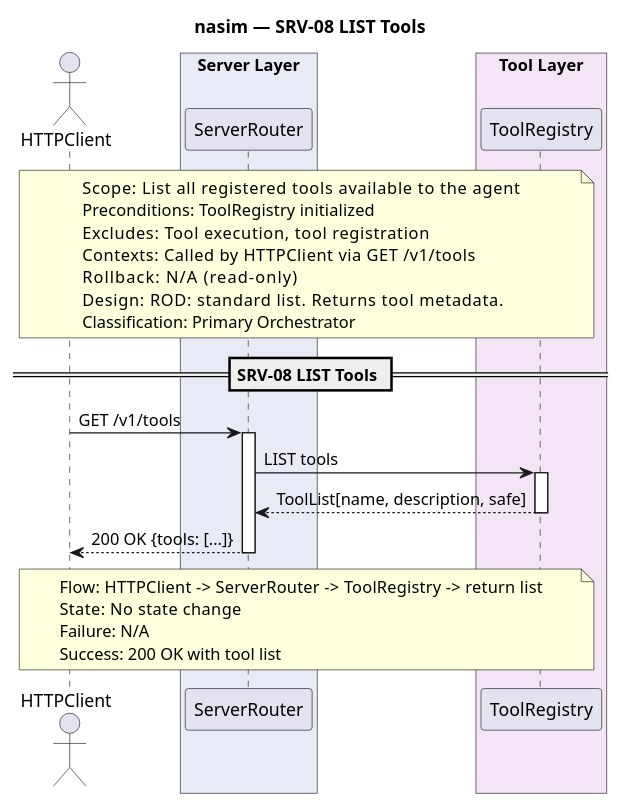
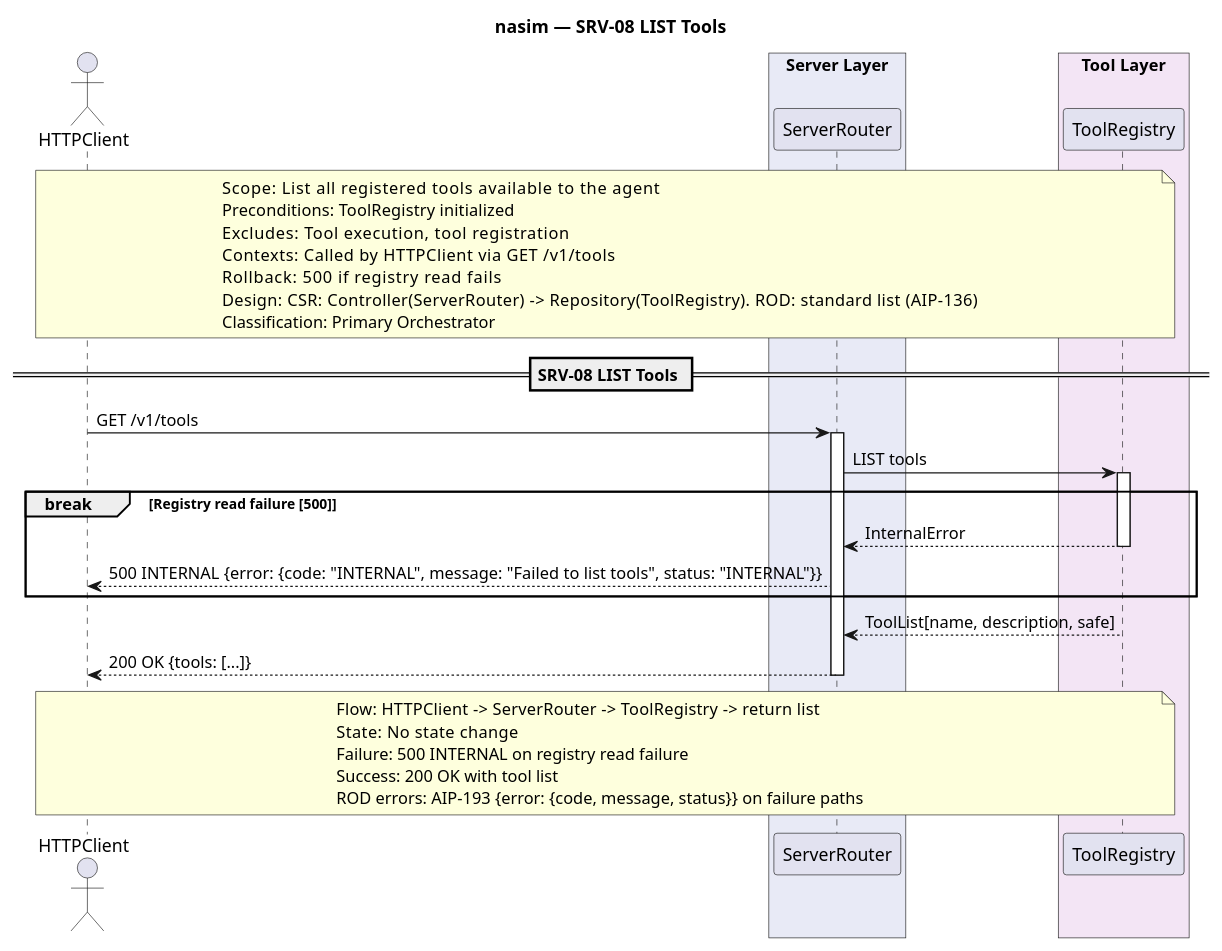
One commit to salimnamvar/nasim changed the diagram in docs/SQ/SRV/sq_srv08_list_tools.puml. Above: the diagram before and after it, drawn with PlantUML. The commit also changed 21 other files, not shown here.

First line of the commit message:
docs(audit): Complete CAR loop for nasim design chain, ensuring zero leakage and full synchronization across C4, UC, SM, and SQ layers

```diff
--- a/docs/SQ/SRV/sq_srv08_list_tools.puml
+++ b/docs/SQ/SRV/sq_srv08_list_tools.puml
@@ -1,53 +1,61 @@
 @startuml sq_srv08_list_tools
 ' ============================================================
 ' Title:     SRV-08 — LIST Tools
 ' Boundary:  nasim code agent HTTP API
 ' Purpose:   List all registered tools available to the agent
 ' Milestone: v1.0
-' Version:   1.0.0
+' Version:   3.0.0
 ' Source:    docs/UC/README.md
-' Review:    docs/SQ/README.md
+' Review:    Prompt audit 2026-06-21 (cop.md: AIP-193 error path added)
 ' ============================================================
 
 title nasim — SRV-08 LIST Tools
 
 actor "HTTPClient" as client
 
 box "Server Layer" #E8EAF6
   participant "ServerRouter" as router
 end box
 box "Tool Layer" #F3E5F5
   participant "ToolRegistry" as registry
 end box
 
 note over client, registry
   Scope:          List all registered tools available to the agent
   Preconditions:  ToolRegistry initialized
   Excludes:       Tool execution, tool registration
   Contexts:       Called by HTTPClient via GET /v1/tools
-  Rollback:       N/A (read-only)
-  Design:         ROD: standard list. Returns tool metadata.
+  Rollback:       500 if registry read fails
+  Design:         CSR: Controller(ServerRouter) -> Repository(ToolRegistry). ROD: standard list (AIP-136)
   Classification: Primary Orchestrator
 end note
 
 == SRV-08 LIST Tools ==
 
 client -> router : GET /v1/tools
 activate router
 
 router -> registry : LIST tools
 activate registry
+
+break Registry read failure [500]
+    registry --> router : InternalError
+    deactivate registry
+    router --> client : 500 INTERNAL {error: {code: "INTERNAL", message: "Failed to list tools", status: "INTERNAL"}}
+end
+
 registry --> router : ToolList[name, description, safe]
 deactivate registry
 
 router --> client : 200 OK {tools: [...]}
 deactivate router
 
 note over client, registry
   Flow:    HTTPClient -> ServerRouter -> ToolRegistry -> return list
   State:   No state change
-  Failure: N/A
+  Failure: 500 INTERNAL on registry read failure
   Success: 200 OK with tool list
+  ROD errors: AIP-193 {error: {code, message, status}} on failure paths
 end note
 
 @enduml
```
